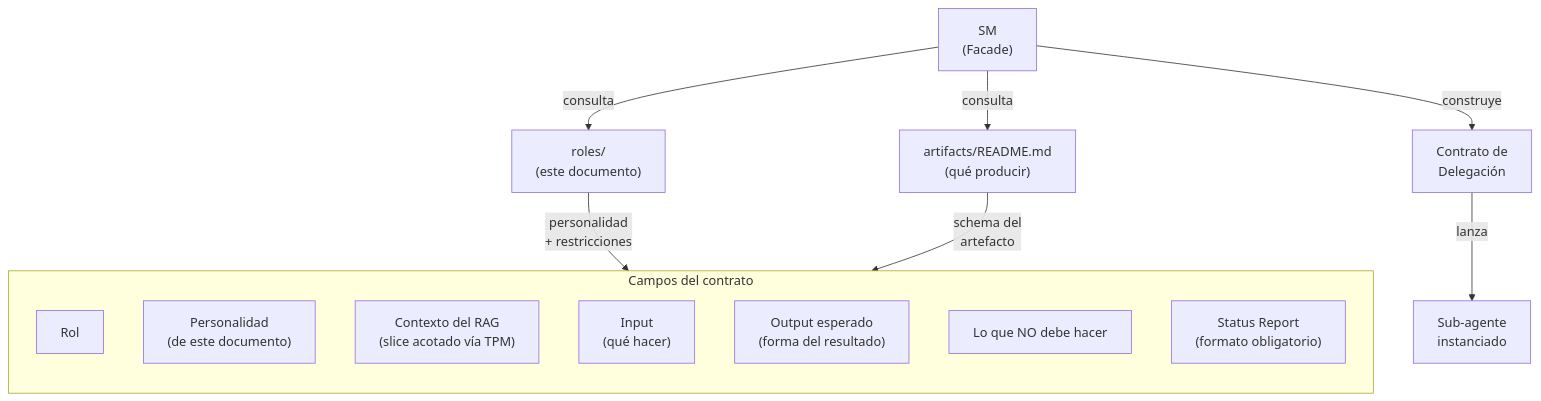
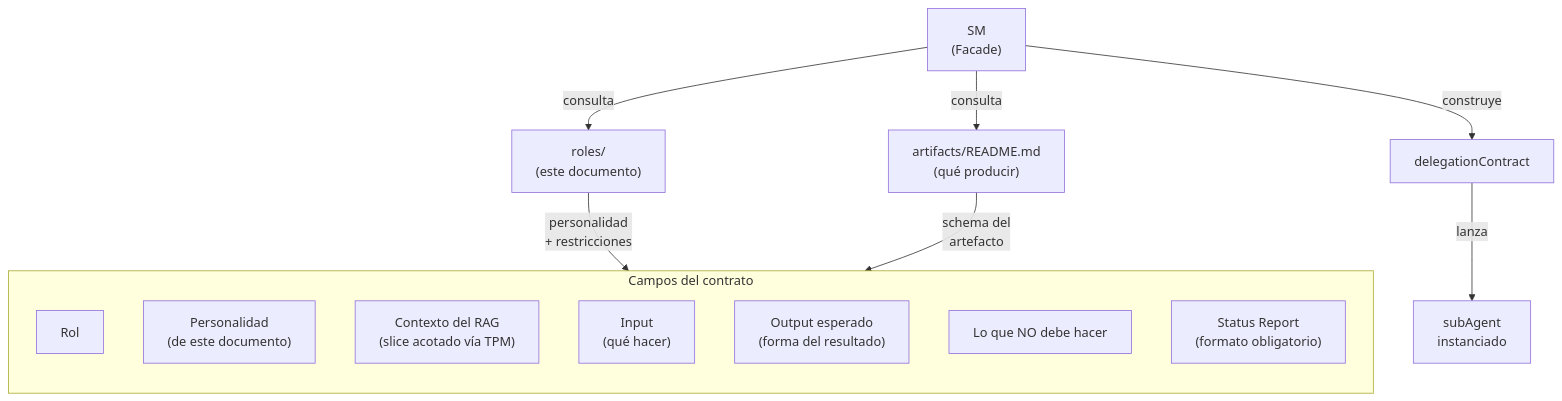
The first of 3 diagrams in docs/planning/roles/README.md (virgenherrera/idea-to-mvp), drawn with Mermaid before and after one commit. The commit also changed other lines of this file and 30 other files, not shown here.

````diff
--- a/docs/planning/roles/README.md
+++ b/docs/planning/roles/README.md
@@ -26,24 +34,24 @@
 ```mermaid
 flowchart TD
     SM["SM\n(Facade)"]
 
     SM -->|"consulta"| PROFILES["roles/\n(este documento)"]
     SM -->|"consulta"| ARTIFACTS["artifacts/README.md\n(qué producir)"]
-    SM -->|"construye"| CONTRACT["Contrato de\nDelegación"]
+    SM -->|"construye"| CONTRACT["delegationContract"]
 
-    CONTRACT -->|"lanza"| AGENT["Sub-agente\ninstanciado"]
+    CONTRACT -->|"lanza"| AGENT["subAgent\ninstanciado"]
 
     subgraph CONTRACT_FIELDS["Campos del contrato"]
         direction TB
         F_ROL["Rol"]
         F_PERS["Personalidad\n(de este documento)"]
         F_CTX["Contexto del RAG\n(slice acotado vía TPM)"]
         F_INPUT["Input\n(qué hacer)"]
         F_OUTPUT["Output esperado\n(forma del resultado)"]
         F_NOT["Lo que NO debe hacer"]
         F_STATUS["Status Report\n(formato obligatorio)"]
     end
 
     PROFILES -->|"personalidad\n+ restricciones"| CONTRACT_FIELDS
     ARTIFACTS -->|"schema del\nartefacto"| CONTRACT_FIELDS
 ```
````
